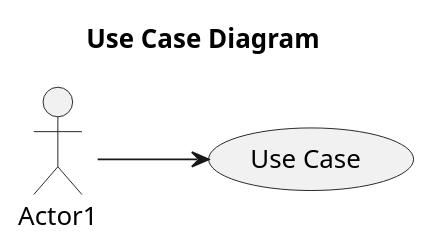
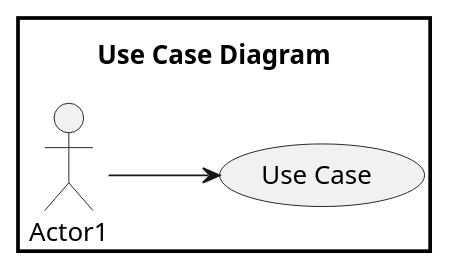
One commit to chraxo/UmlMarkdownCheatSheet changed the second of 23 diagrams in uml_markdown_summary.md. Above: the diagram before and after it, drawn with PlantUML. The commit also changed other lines of this file, not shown here.

Commit message:
class diagram: further improvement

```diff
--- a/uml_markdown_summary.md
+++ b/uml_markdown_summary.md
@@ -47,6 +69,13 @@
 @startuml
-left to right direction
+    skinparam DiagramBorderColor black
+    skinparam DiagramBorderThickness 2
+    skinparam Shadowing false
 
-title Use Case Diagram
-Actor1 --> (Use Case)
+    skinparam style strictuml
+
+    left to right direction
+
+    title Use Case Diagram
+    
+    Actor1 --> (Use Case)
 @enduml
```
